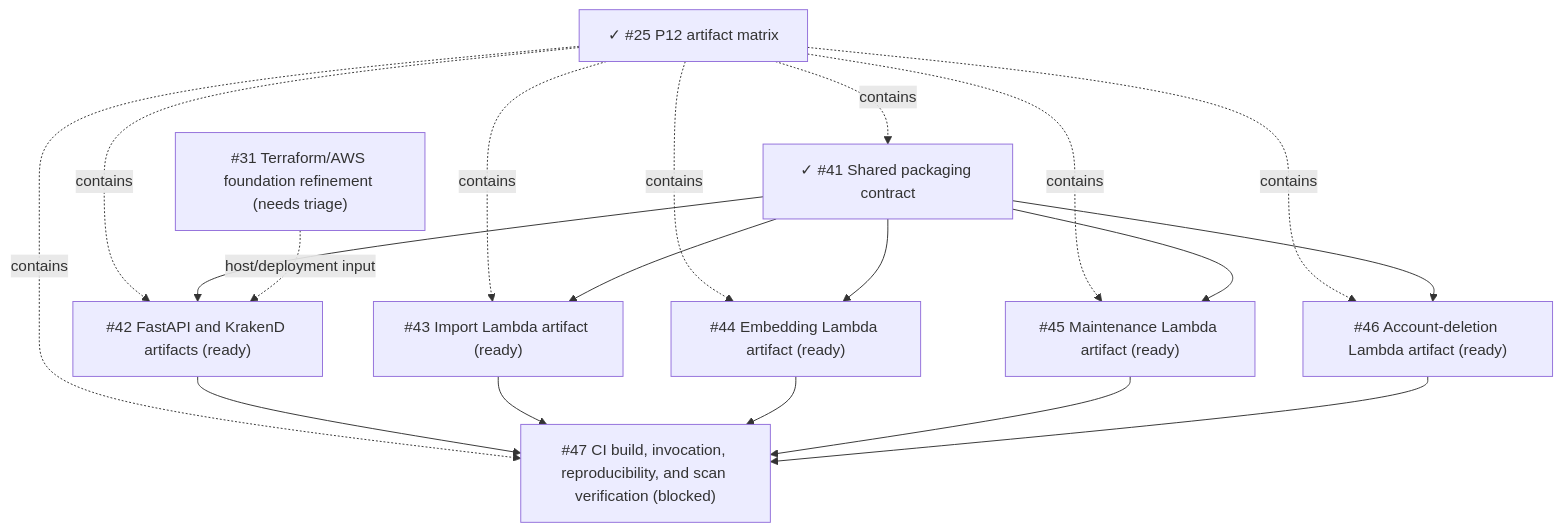
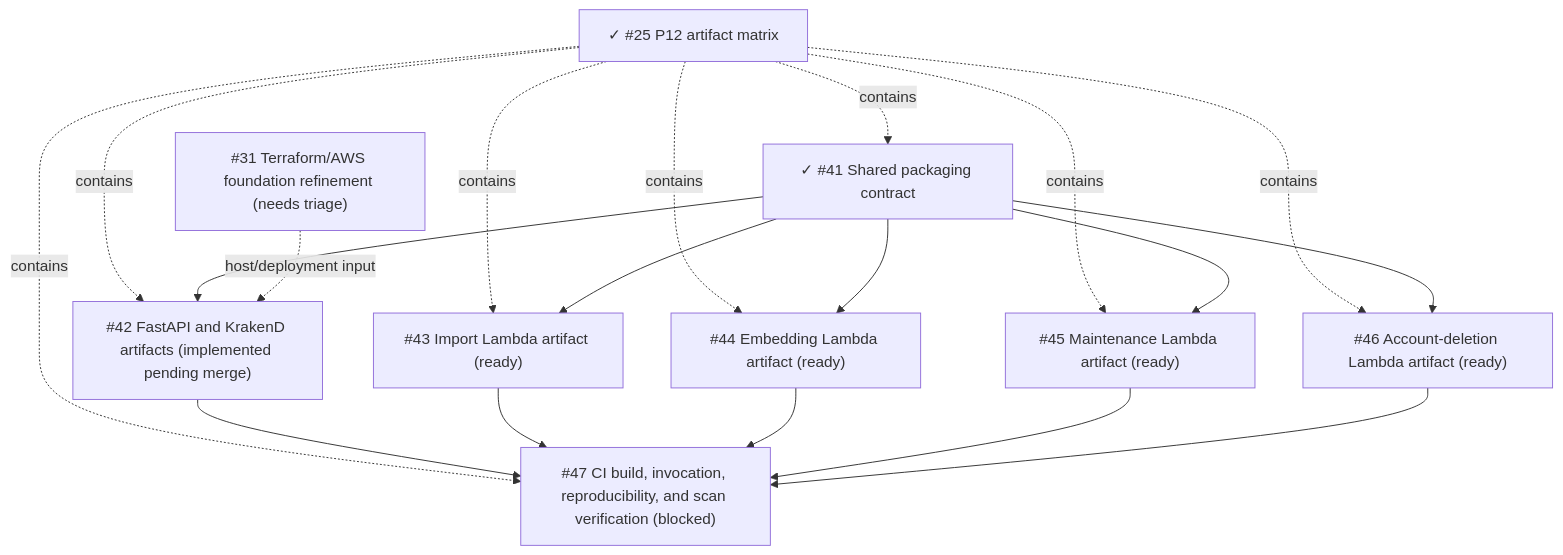
The diagram in docs/specs/2026-08-14-p12-production-artifact-matrix.md (starkovalera/recipe-manager), drawn with Mermaid before and after one commit. The commit also changed other lines of this file and 14 other files, not shown here.

Commit message:
feat(infra): add API and KrakenD production artifacts (#42)

````diff
--- a/docs/specs/2026-08-14-p12-production-artifact-matrix.md
+++ b/docs/specs/2026-08-14-p12-production-artifact-matrix.md
@@ -255,34 +256,34 @@
 ```mermaid
 flowchart TD
   p25["✓ #25 P12 artifact matrix"]
   shared["✓ #41 Shared packaging contract"]
-  api["#42 FastAPI and KrakenD artifacts (ready)"]
+  api["#42 FastAPI and KrakenD artifacts (implemented pending merge)"]
   import["#43 Import Lambda artifact (ready)"]
   embedding["#44 Embedding Lambda artifact (ready)"]
   maintenance["#45 Maintenance Lambda artifact (ready)"]
   deletion["#46 Account-deletion Lambda artifact (ready)"]
   ci["#47 CI build, invocation, reproducibility, and scan verification (blocked)"]
   infra["#31 Terraform/AWS foundation refinement (needs triage)"]
 
   p25 -. contains .-> shared
   p25 -. contains .-> api
   p25 -. contains .-> import
   p25 -. contains .-> embedding
   p25 -. contains .-> maintenance
   p25 -. contains .-> deletion
   p25 -. contains .-> ci
 
   shared --> api
   shared --> import
   shared --> embedding
   shared --> maintenance
   shared --> deletion
 
   api --> ci
   import --> ci
   embedding --> ci
   maintenance --> ci
   deletion --> ci
 
   infra -. host/deployment input .-> api
 ```
````
